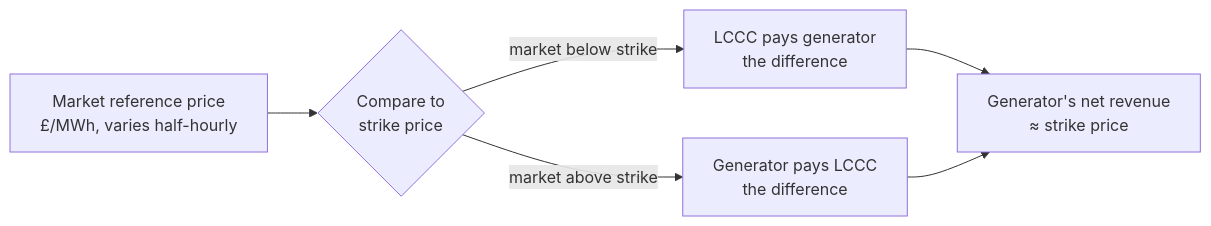
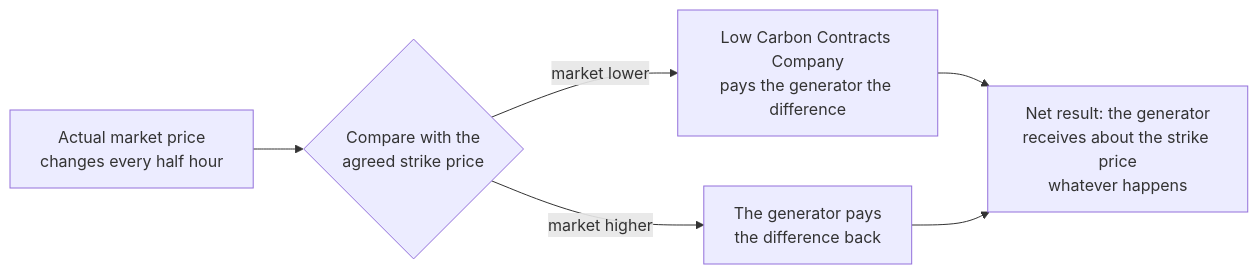
The third of 4 diagrams in curriculum/modules/D1-wind-solar-bess-revenue-stack.md (cwkcodes/lockbox), drawn with Mermaid before and after one commit. The commit also changed other lines of this file and 2 other files, not shown here.

````diff
--- a/curriculum/modules/D1-wind-solar-bess-revenue-stack.md
+++ b/curriculum/modules/D1-wind-solar-bess-revenue-stack.md
@@ -285,8 +490,8 @@
 ```mermaid
 flowchart LR
-  M["Market reference price<br/>£/MWh, varies half-hourly"] --> C{"Compare to<br/>strike price"}
-  C -->|"market below strike"| P1["LCCC pays generator<br/>the difference"]
-  C -->|"market above strike"| P2["Generator pays LCCC<br/>the difference"]
-  P1 --> R["Generator's net revenue<br/>≈ strike price"]
+  M["Actual market price<br/>changes every half hour"] --> C{"Compare with the<br/>agreed strike price"}
+  C -->|"market lower"| P1["Low Carbon Contracts Company<br/>pays the generator the difference"]
+  C -->|"market higher"| P2["The generator pays<br/>the difference back"]
+  P1 --> R["Net result: the generator<br/>receives about the strike price<br/>whatever happens"]
   P2 --> R
 ```
````
